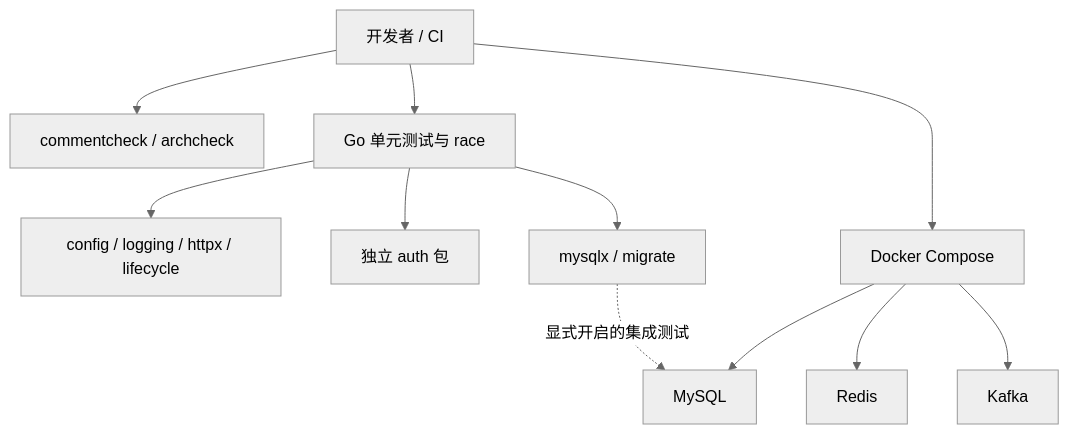
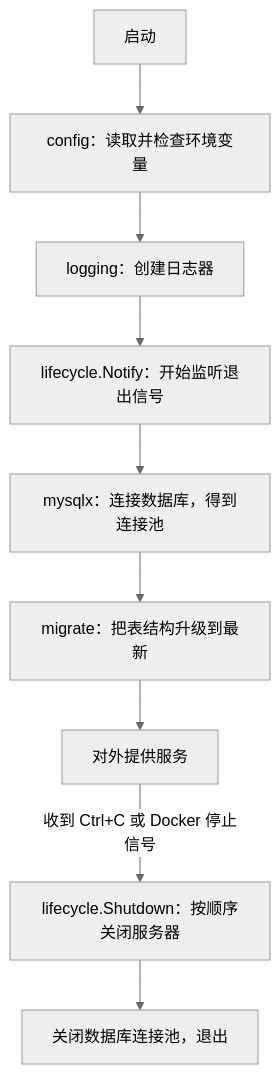
Before and after one commit to Li-Nepenthe/opsdoctor: the diagram in docs/learn/phase-00-foundation.md, drawn with Mermaid (neutral theme). The commit also changed other lines of this file and 21 other files, not shown here.

````diff
--- a/docs/learn/phase-00-foundation.md
+++ b/docs/learn/phase-00-foundation.md
@@ -5,13 +15,11 @@
 ```mermaid
 flowchart TD
-    A[开发者 / CI] --> B[commentcheck / archcheck]
-    A --> C[Go 单元测试与 race]
-    A --> D[Docker Compose]
-    D --> E[MySQL]
-    D --> F[Redis]
-    D --> G[Kafka]
-    C --> H[config / logging / httpx / lifecycle]
-    C --> I[独立 auth 包]
-    C --> J[mysqlx / migrate]
-    J -. 显式开启的集成测试 .-> E
+    A[启动] --> B["config：读取并检查环境变量"]
+    B --> C["logging：创建日志器"]
+    C --> D["lifecycle.Notify：开始监听退出信号"]
+    D --> E["mysqlx：连接数据库，得到连接池"]
+    E --> F["migrate：把表结构升级到最新"]
+    F --> G[对外提供服务]
+    G -->|"收到 Ctrl+C 或 Docker 停止信号"| H["lifecycle.Shutdown：按顺序关闭服务器"]
+    H --> I[关闭数据库连接池，退出]
 ```
````
